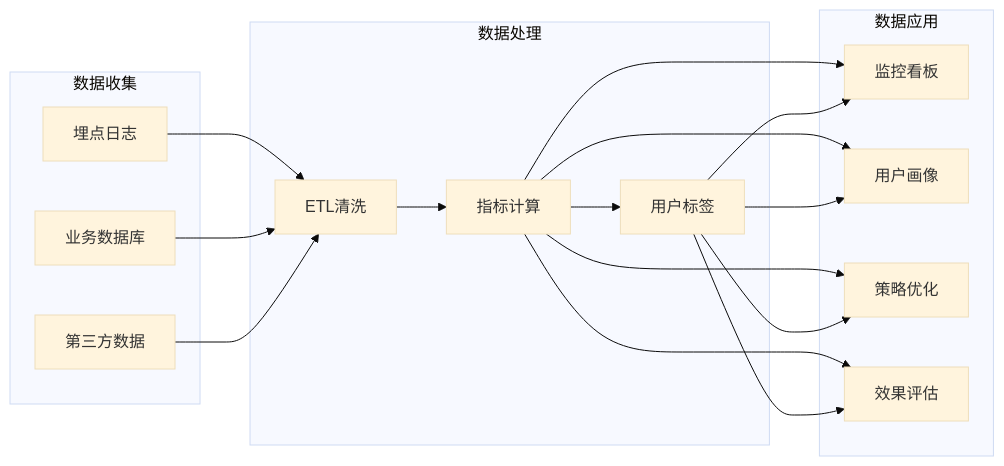
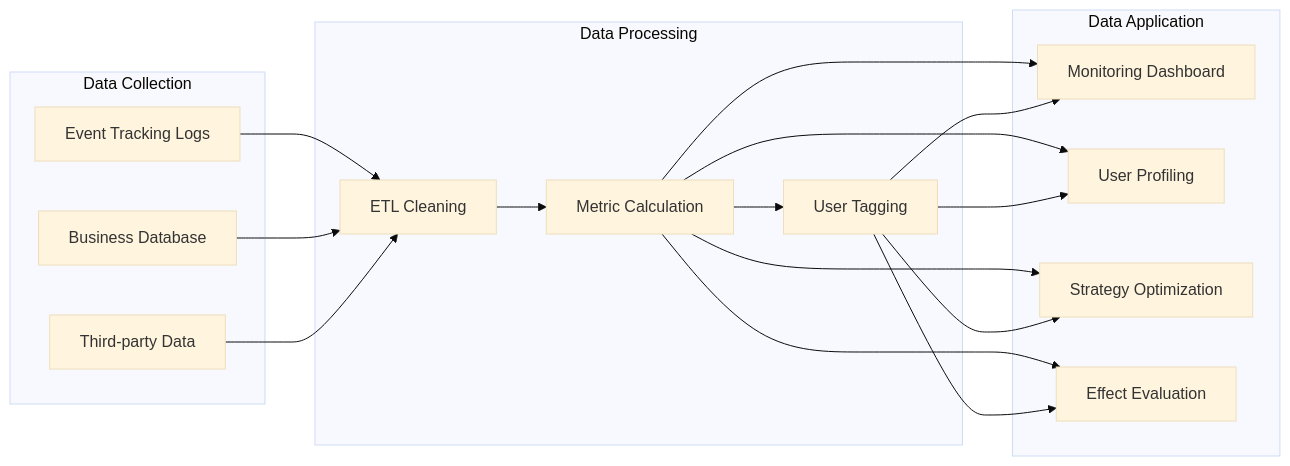
Before and after one commit to Kirky-X/cangjie: the seventh of 9 diagrams in templates/产品/运营层/【模板】运营手册.md, drawn with Mermaid (base theme). The commit also changed other lines of this file and 60 other files, not shown here.

````diff
--- a/templates/产品/运营层/【模板】运营手册.md
+++ b/templates/产品/运营层/【模板】运营手册.md
@@ -340,34 +340,34 @@
 ```mermaid
 flowchart LR
-    subgraph 数据收集
-        D1[埋点日志]
-        D2[业务数据库]
-        D3[第三方数据]
+    subgraph Data Collection
+        D1[Event Tracking Logs]
+        D2[Business Database]
+        D3[Third-party Data]
     end
 
-    subgraph 数据处理
-        E1[ETL清洗]
-        E2[指标计算]
-        E3[用户标签]
+    subgraph Data Processing
+        E1[ETL Cleaning]
+        E2[Metric Calculation]
+        E3[User Tagging]
     end
 
-    subgraph 数据应用
-        F1[监控看板]
-        F2[用户画像]
-        F3[策略优化]
-        F4[效果评估]
+    subgraph Data Application
+        F1[Monitoring Dashboard]
+        F2[User Profiling]
+        F3[Strategy Optimization]
+        F4[Effect Evaluation]
     end
 
     D1 --> E1
     D2 --> E1
     D3 --> E1
     E1 --> E2 --> E3
     E2 --> F1
     E2 --> F2
     E2 --> F3
     E2 --> F4
     E3 --> F1
     E3 --> F2
     E3 --> F3
     E3 --> F4
 ```
````
